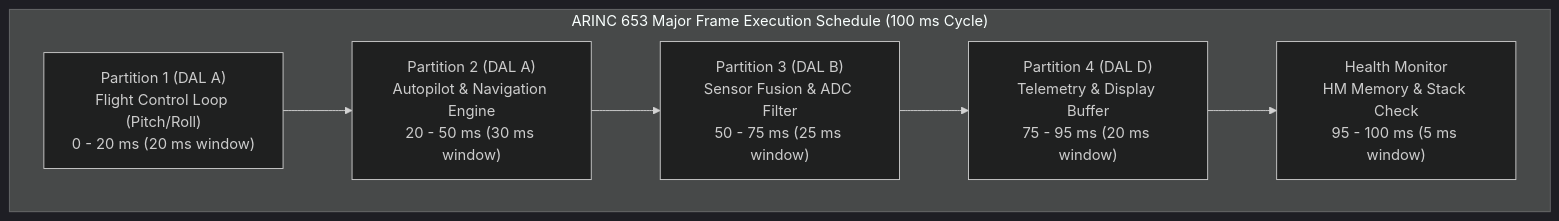
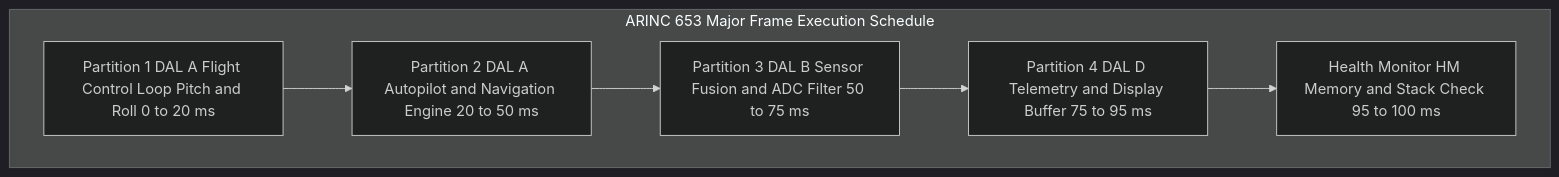
Before and after one commit to gintatkinson/DEAP-spec-core: the fourth of 8 diagrams in docs/architecture/blueprints/DEAP_FLIGHT_SYSTEMS_SAFETY_CONCEPT_PAPER.md, drawn with Mermaid (dark theme). The commit also changed other lines of this file and 5 other files, not shown here.

````diff
--- a/docs/architecture/blueprints/DEAP_FLIGHT_SYSTEMS_SAFETY_CONCEPT_PAPER.md
+++ b/docs/architecture/blueprints/DEAP_FLIGHT_SYSTEMS_SAFETY_CONCEPT_PAPER.md
@@ -392,10 +392,10 @@
 ```mermaid
 flowchart LR
-    subgraph ARINC653["ARINC 653 Major Frame Execution Schedule (100 ms Cycle)"]
+    subgraph ARINC653 ["ARINC 653 Major Frame Execution Schedule"]
         direction LR
-        P1["Partition 1 (DAL A)<br/>Flight Control Loop (Pitch/Roll)<br/>0 - 20 ms (20 ms window)"] --> P2["Partition 2 (DAL A)<br/>Autopilot & Navigation Engine<br/>20 - 50 ms (30 ms window)"]
-        P2 --> P3["Partition 3 (DAL B)<br/>Sensor Fusion & ADC Filter<br/>50 - 75 ms (25 ms window)"]
-        P3 --> P4["Partition 4 (DAL D)<br/>Telemetry & Display Buffer<br/>75 - 95 ms (20 ms window)"]
-        P4 --> HM["Health Monitor<br/>HM Memory & Stack Check<br/>95 - 100 ms (5 ms window)"]
+        P1["Partition 1 DAL A Flight Control Loop Pitch and Roll 0 to 20 ms"] --> P2["Partition 2 DAL A Autopilot and Navigation Engine 20 to 50 ms"]
+        P2 --> P3["Partition 3 DAL B Sensor Fusion and ADC Filter 50 to 75 ms"]
+        P3 --> P4["Partition 4 DAL D Telemetry and Display Buffer 75 to 95 ms"]
+        P4 --> HM["Health Monitor HM Memory and Stack Check 95 to 100 ms"]
     end
 ```
````
